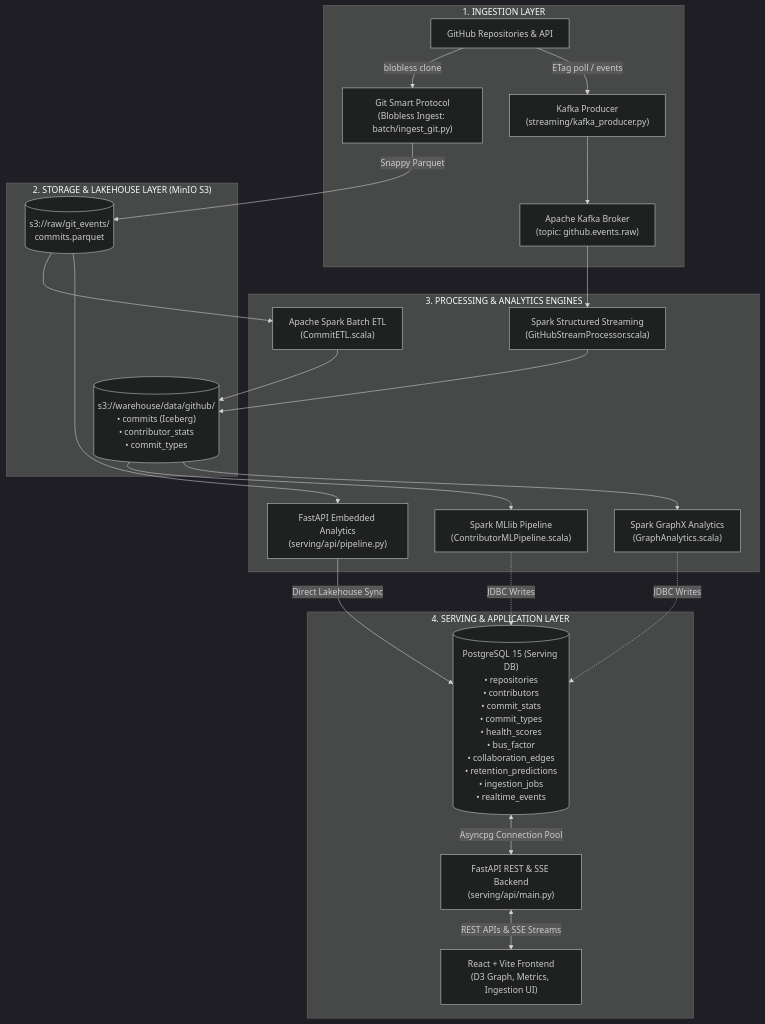
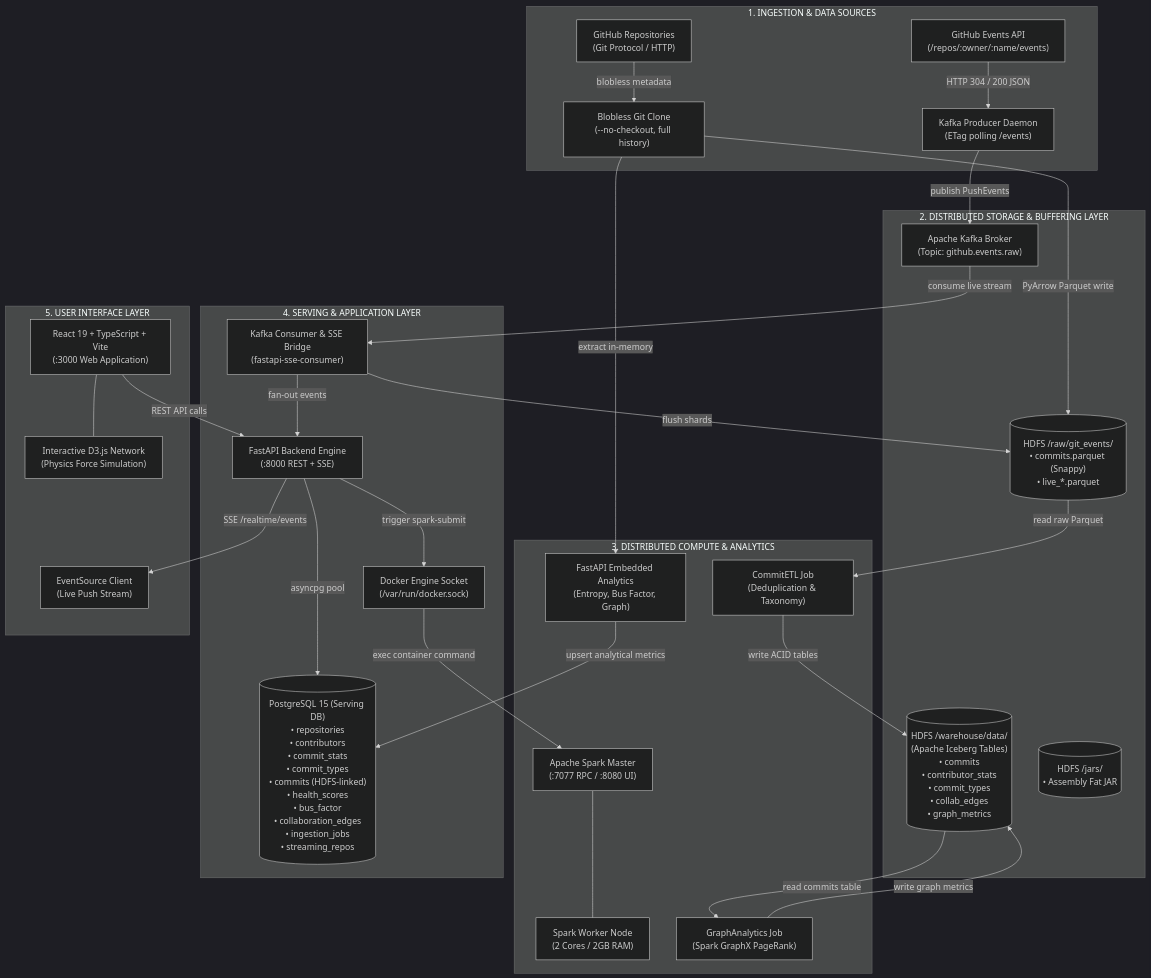
The first of 4 diagrams in docs/PROJECT_ARCHITECTURE_AND_ROADMAP.md (adnanadil377/ConAn), drawn with Mermaid (dark theme) before and after one commit. The commit also changed other lines of this file and 1 other file, not shown here.

````diff
--- a/docs/PROJECT_ARCHITECTURE_AND_ROADMAP.md
+++ b/docs/PROJECT_ARCHITECTURE_AND_ROADMAP.md
@@ -29,46 +80,60 @@
 ```mermaid
 flowchart TD
-    subgraph Ingestion ["1. INGESTION LAYER"]
-        GH["GitHub Repositories & API"]
-        GIT_BATCH["Git Smart Protocol<br/>(Blobless Ingest: batch/ingest_git.py)"]
-        KAFKA_PROD["Kafka Producer<br/>(streaming/kafka_producer.py)"]
-        KAFKA["Apache Kafka Broker<br/>(topic: github.events.raw)"]
-        GH -->|blobless clone| GIT_BATCH
-        GH -->|ETag poll / events| KAFKA_PROD
-        KAFKA_PROD --> KAFKA
+    subgraph INGESTION ["1. INGESTION & DATA SOURCES"]
+        GH["GitHub Repositories<br/>(Git Protocol / HTTP)"]
+        GH_EVT["GitHub Events API<br/>(/repos/:owner/:name/events)"]
+        CLONE["Blobless Git Clone<br/>(--no-checkout, full history)"]
+        K_PROD["Kafka Producer Daemon<br/>(ETag polling /events)"]
+        GH -->|blobless metadata| CLONE
+        GH_EVT -->|HTTP 304 / 200 JSON| K_PROD
     end
 
-    subgraph Storage ["2. STORAGE & LAKEHOUSE LAYER (MinIO S3)"]
-        RAW_S3[("s3://raw/git_events/<br/>commits.parquet")]
-        WAREHOUSE_ICEBERG[("s3://warehouse/data/github/<br/>• commits (Iceberg)<br/>• contributor_stats<br/>• commit_types")]
-        GIT_BATCH -->|Snappy Parquet| RAW_S3
+    subgraph BUFFER_STORAGE ["2. DISTRIBUTED STORAGE & BUFFERING LAYER"]
+        KAFKA["Apache Kafka Broker<br/>(Topic: github.events.raw)"]
+        HDFS_RAW[("HDFS /raw/git_events/<br/>• commits.parquet (Snappy)<br/>• live_*.parquet")]
+        HDFS_ICE[("HDFS /warehouse/data/<br/>(Apache Iceberg Tables)<br/>• commits<br/>• contributor_stats<br/>• commit_types<br/>• collab_edges<br/>• graph_metrics")]
+        HDFS_JARS[("HDFS /jars/<br/>• Assembly Fat JAR")]
+        K_PROD -->|publish PushEvents| KAFKA
+        CLONE -->|PyArrow Parquet write| HDFS_RAW
     end
 
-    subgraph Processing ["3. PROCESSING & ANALYTICS ENGINES"]
-        SPARK_ETL["Apache Spark Batch ETL<br/>(CommitETL.scala)"]
-        SPARK_STREAM["Spark Structured Streaming<br/>(GitHubStreamProcessor.scala)"]
-        SPARK_ML["Spark MLlib Pipeline<br/>(ContributorMLPipeline.scala)"]
-        SPARK_GRAPH["Spark GraphX Analytics<br/>(GraphAnalytics.scala)"]
-        PY_ENGINE["FastAPI Embedded Analytics<br/>(serving/api/pipeline.py)"]
+    subgraph COMPUTE ["3. DISTRIBUTED COMPUTE & ANALYTICS"]
+        SPARK_MASTER["Apache Spark Master<br/>(:7077 RPC / :8080 UI)"]
+        SPARK_WORKER["Spark Worker Node<br/>(2 Cores / 2GB RAM)"]
+        COMMIT_ETL["CommitETL Job<br/>(Deduplication & Taxonomy)"]
+        GRAPH_ETL["GraphAnalytics Job<br/>(Spark GraphX PageRank)"]
+        PY_ENGINE["FastAPI Embedded Analytics<br/>(Entropy, Bus Factor, Graph)"]
         
-        RAW_S3 --> SPARK_ETL
-        SPARK_ETL --> WAREHOUSE_ICEBERG
-        KAFKA --> SPARK_STREAM
-        SPARK_STREAM --> WAREHOUSE_ICEBERG
-        WAREHOUSE_ICEBERG --> SPARK_ML
-        WAREHOUSE_ICEBERG --> SPARK_GRAPH
-        RAW_S3 --> PY_ENGINE
+        SPARK_MASTER --- SPARK_WORKER
+        HDFS_RAW -->|read raw Parquet| COMMIT_ETL
+        COMMIT_ETL -->|write ACID tables| HDFS_ICE
+        HDFS_ICE -->|read commits table| GRAPH_ETL
+        GRAPH_ETL -->|write graph metrics| HDFS_ICE
+        CLONE -->|extract in-memory| PY_ENGINE
     end
 
-    subgraph Serving ["4. SERVING & APPLICATION LAYER"]
-        PG[("PostgreSQL 15 (Serving DB)<br/>• repositories<br/>• contributors<br/>• commit_stats<br/>• commit_types<br/>• health_scores<br/>• bus_factor<br/>• collaboration_edges<br/>• retention_predictions<br/>• ingestion_jobs<br/>• realtime_events")]
-        FASTAPI["FastAPI REST & SSE Backend<br/>(serving/api/main.py)"]
-        REACT["React + Vite Frontend<br/>(D3 Graph, Metrics, Ingestion UI)"]
+    subgraph SERVING ["4. SERVING & APPLICATION LAYER"]
+        PG[("PostgreSQL 15 (Serving DB)<br/>• repositories<br/>• contributors<br/>• commit_stats<br/>• commit_types<br/>• commits (HDFS-linked)<br/>• health_scores<br/>• bus_factor<br/>• collaboration_edges<br/>• ingestion_jobs<br/>• streaming_repos")]
+        API["FastAPI Backend Engine<br/>(:8000 REST + SSE)"]
+        K_CONS["Kafka Consumer & SSE Bridge<br/>(fastapi-sse-consumer)"]
+        DOCKER["Docker Engine Socket<br/>(/var/run/docker.sock)"]
+        
+        PY_ENGINE -->|upsert analytical metrics| PG
+        API -->|asyncpg pool| PG
+        API -->|trigger spark-submit| DOCKER
+        DOCKER -->|exec container command| SPARK_MASTER
+        KAFKA -->|consume live stream| K_CONS
+        K_CONS -->|fan-out events| API
+        K_CONS -->|flush shards| HDFS_RAW
+    end
 
-        PY_ENGINE -->|Direct Lakehouse Sync| PG
-        SPARK_ML -.->|JDBC Writes| PG
-        SPARK_GRAPH -.->|JDBC Writes| PG
-        PG <-->|Asyncpg Connection Pool| FASTAPI
-        FASTAPI <-->|REST APIs & SSE Streams| REACT
+    subgraph CLIENT ["5. USER INTERFACE LAYER"]
+        WEB["React 19 + TypeScript + Vite<br/>(:3000 Web Application)"]
+        D3["Interactive D3.js Network<br/>(Physics Force Simulation)"]
+        SSE_CLI["EventSource Client<br/>(Live Push Stream)"]
+        
+        WEB -->|REST API calls| API
+        API -->|SSE /realtime/events| SSE_CLI
+        WEB --- D3
     end
 ```
````
